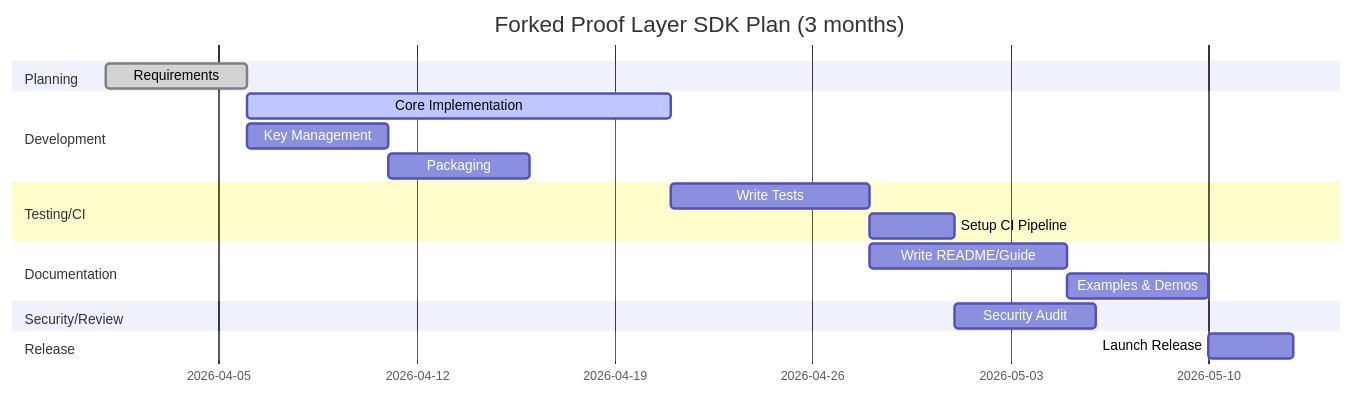
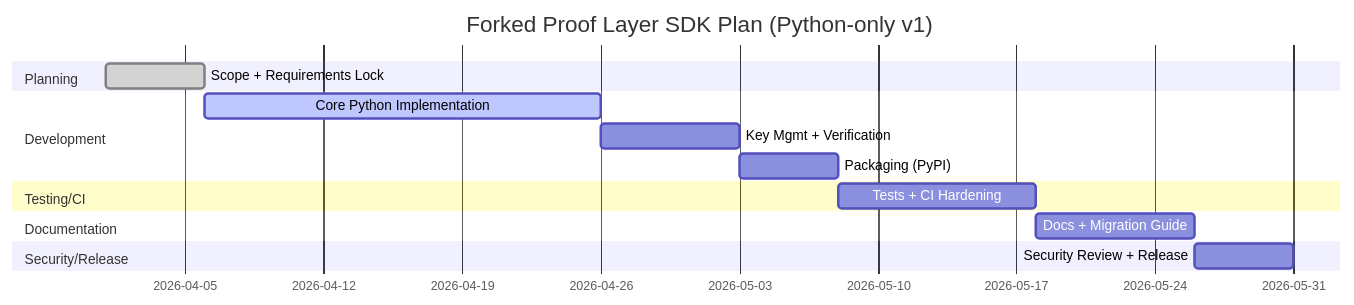
Before and after one commit to CryptoAutistic80/chat-proof-layer-SDK: the first of 3 diagrams in docs/eu_ai_act_fork_executive_summary.md, drawn with Mermaid. The commit also changed other lines of this file and 1 other file, not shown here.

Commit message:
Add ADR to finalize v1 SDK scope and align executive summary

````diff
--- a/docs/eu_ai_act_fork_executive_summary.md
+++ b/docs/eu_ai_act_fork_executive_summary.md
@@ -119,21 +123,17 @@
 ```mermaid
 gantt
-  title Forked Proof Layer SDK Plan (3 months)
+  title Forked Proof Layer SDK Plan (Python-only v1)
   dateFormat  YYYY-MM-DD
   section Planning
-  Requirements        :done,   des1, 2026-04-01, 5d
+  Scope + Requirements Lock       :done,   des1, 2026-04-01, 5d
   section Development
-  Core Implementation :active, dev1, after des1, 15d
-  Key Management      :        dev2, after des1, 5d
-  Packaging           :        dev3, after dev2, 5d
+  Core Python Implementation      :active, dev1, after des1, 20d
+  Key Mgmt + Verification         :        dev2, after dev1, 7d
+  Packaging (PyPI)                :        dev3, after dev2, 5d
   section Testing/CI
-  Write Tests         :        test1, after dev1, 7d
-  Setup CI Pipeline   :        test2, after test1, 3d
+  Tests + CI Hardening            :        test1, after dev3, 10d
   section Documentation
-  Write README/Guide  :        doc1, after test1, 7d
-  Examples & Demos    :        doc2, after doc1, 5d
-  section Security/Review
-  Security Audit      :        sec1, after test2, 5d
-  section Release
-  Launch Release      :        rel1, after doc2, 3d
+  Docs + Migration Guide          :        doc1, after test1, 8d
+  section Security/Release
+  Security Review + Release       :        rel1, after doc1, 5d
 ```
````
